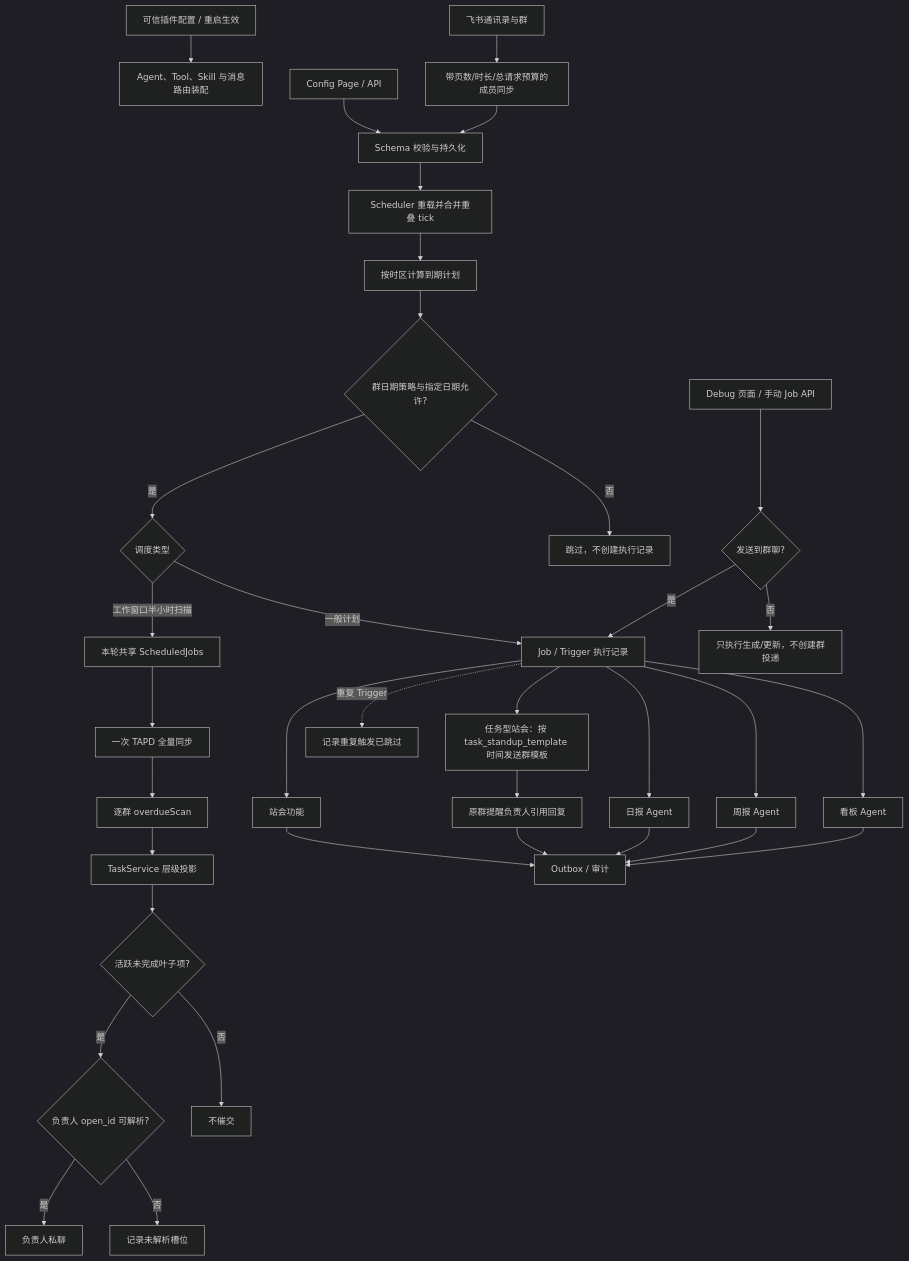
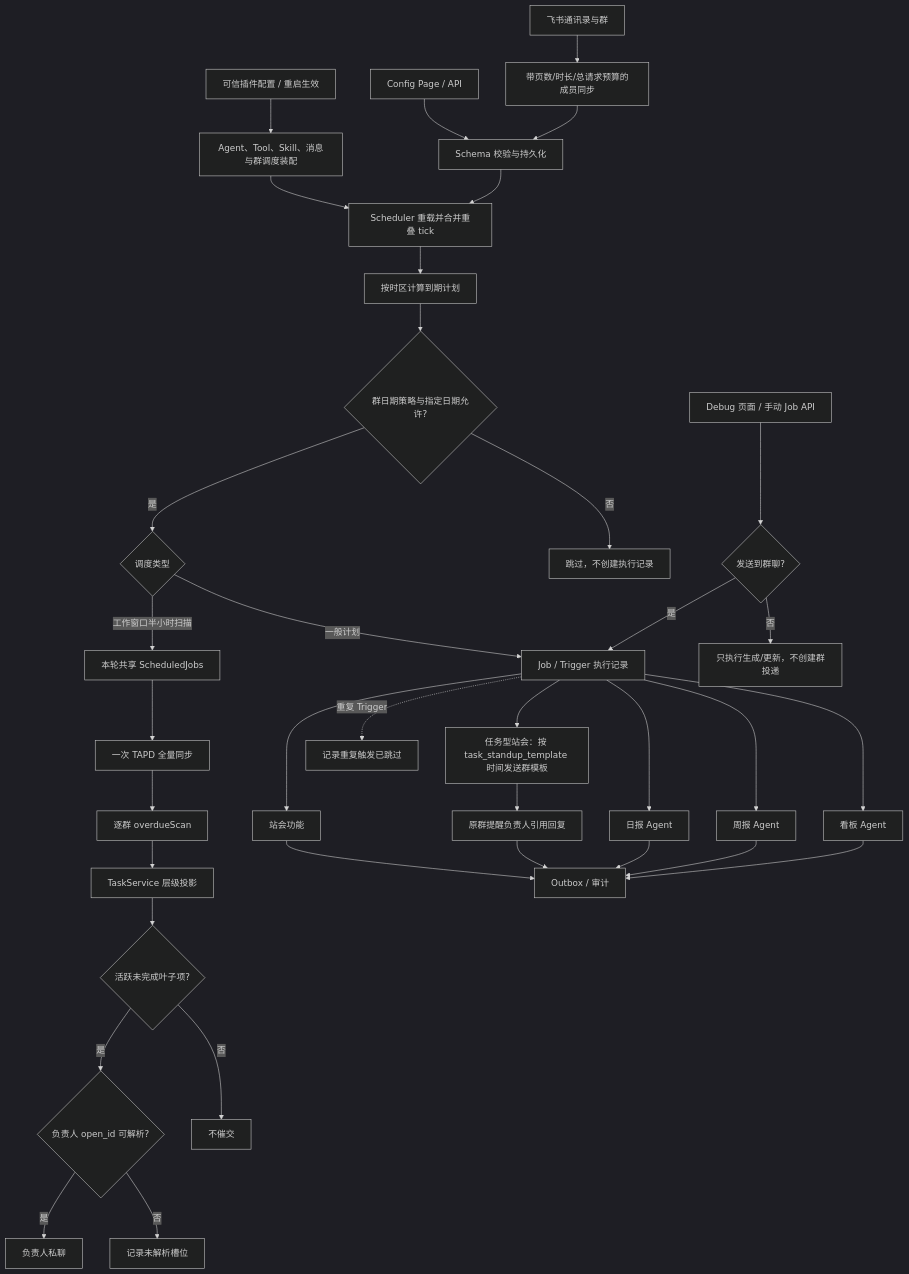
The diagram in backend/src/core/configuration-scheduling/FEATURE.md (KlayPeter/AI-Delivery-Ops-Agent), drawn with Mermaid (dark theme) before and after one commit. The commit also changed other lines of this file and 37 other files, not shown here.

````diff
--- a/backend/src/core/configuration-scheduling/FEATURE.md
+++ b/backend/src/core/configuration-scheduling/FEATURE.md
@@ -21,37 +21,38 @@
 ```mermaid
 flowchart TD
-    PC["可信插件配置 / 重启生效"] --> PH["Agent、Tool、Skill 与消息路由装配"]
+    PC["可信插件配置 / 重启生效"] --> PH["Agent、Tool、Skill、消息与群调度装配"]
+    PH --> E
     A["Config Page / API"] --> B["Schema 校验与持久化"]
     C["飞书通讯录与群"] --> D["带页数/时长/总请求预算的成员同步"]
     D --> B
     B --> E["Scheduler 重载并合并重叠 tick"]
     E --> F["按时区计算到期计划"]
     F --> HC{"群日期策略与指定日期允许?"}
     HC -- "是" --> L{"调度类型"}
     HC -- "否" --> HS["跳过，不创建执行记录"]
     L -- "一般计划" --> G["Job / Trigger 执行记录"]
     L -- "工作窗口半小时扫描" --> S["本轮共享 ScheduledJobs"]
     S --> T["一次 TAPD 全量同步"]
     T --> M["逐群 overdueScan"]
     M --> P["TaskService 层级投影"]
     P --> Q{"活跃未完成叶子项?"}
     Q -- "是" --> V{"负责人 open_id 可解析?"}
     Q -- "否" --> R["不催交"]
     V -- "是" --> N["负责人私聊"]
     V -- "否" --> U["记录未解析槽位"]
     G --> H["站会功能"]
     G --> I["日报 Agent"]
     G --> W["周报 Agent"]
     G --> J["看板 Agent"]
     D2["Debug 页面 / 手动 Job API"] --> G2{"发送到群聊?"}
     G2 -- "是" --> G
     G2 -- "否" --> U2["只执行生成/更新，不创建群投递"]
     H --> K["Outbox / 审计"]
     G --> TS["任务型站会：按 task_standup_template 时间发送群模板"]
     TS --> TR["原群提醒负责人引用回复"]
     TR --> K
     I --> K
     W --> K
     J --> K
     G -. "重复 Trigger" .-> X["记录重复触发已跳过"]
 ```
````
